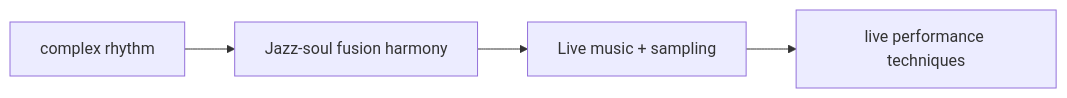
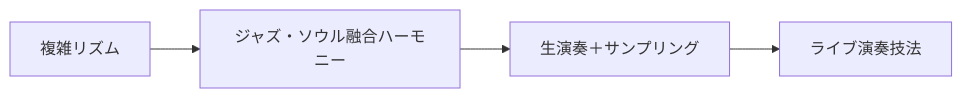
The second of 5 diagrams in en/_posts/2025-12-01-column-uk-broken-beat.md (monumental-movement/monumental-movement.github.io), drawn with Mermaid before and after one commit. The commit also changed other lines of this file and 2196 other files, not shown here.

```diff
--- a/en/_posts/2025-12-01-column-uk-broken-beat.md
+++ b/en/_posts/2025-12-01-column-uk-broken-beat.md
@@ -106,6 +106,6 @@
 <div class="mermaid">
 graph LR
-    Rhythm[complex rhythm] --> Melody[Jazz-soul fusion harmony]
-    Melody --> Sampling[Live music + sampling]
-    Sampling --> Live[live performance techniques]
+    Rhythm[複雑リズム] --> Melody[ジャズ・ソウル融合ハーモニー]
+    Melody --> Sampling[生演奏＋サンプリング]
+    Sampling --> Live[ライブ演奏技法]
 </div>
```
